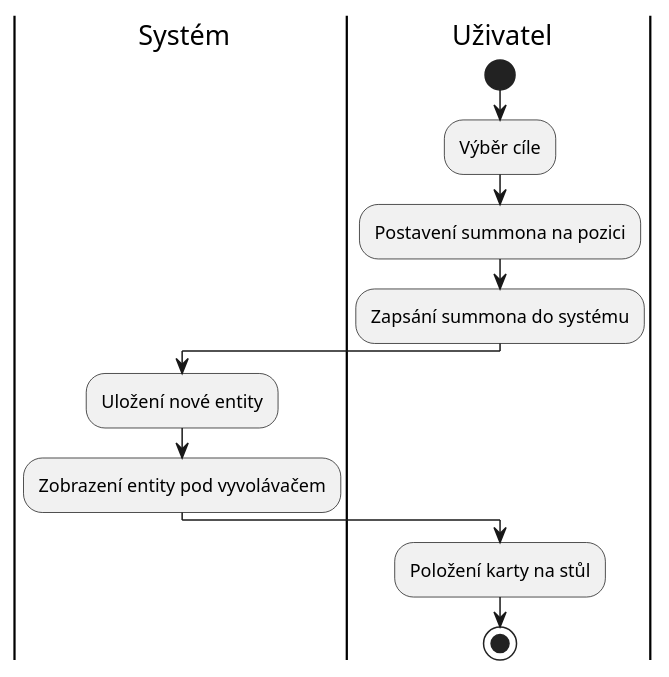
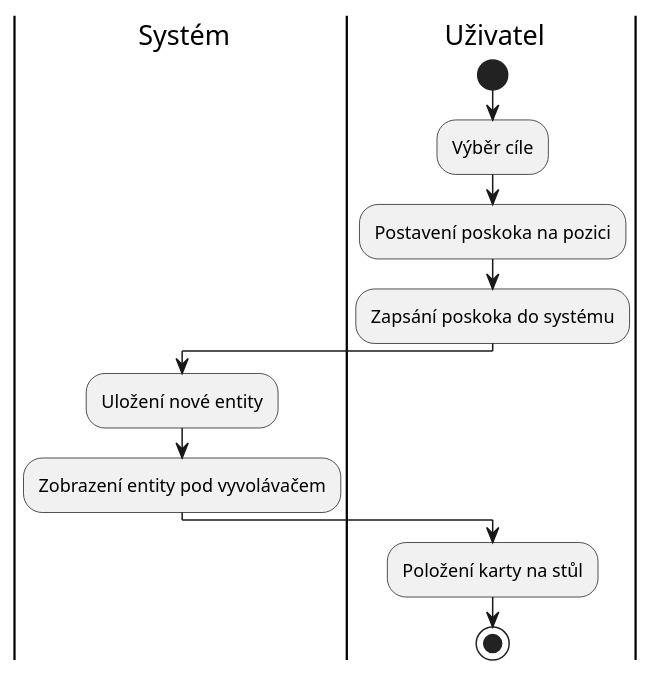
One commit to Trails-Through-Shadows/TTS-Thesis changed the diagram in kov0354/src/figures/diagrams/summon.puml. Above: the diagram before and after it, drawn with PlantUML. The commit also changed 16 other files, not shown here.

```diff
--- a/kov0354/src/figures/diagrams/summon.puml
+++ b/kov0354/src/figures/diagrams/summon.puml
@@ -1,23 +1,23 @@
 @startuml summon
 |s| Systém
 |u| Uživatel
 
 |u|
 start
 
 |u|
 :Výběr cíle;
-:Postavení summona na pozici;
+:Postavení poskoka na pozici;
 
-:Zapsání summona do systému;
+:Zapsání poskoka do systému;
 
 |s|
 :Uložení nové entity;
 :Zobrazení entity pod vyvolávačem;
 
 |u|
 :Položení karty na stůl;
 
 |u|
 stop
 @enduml
```
